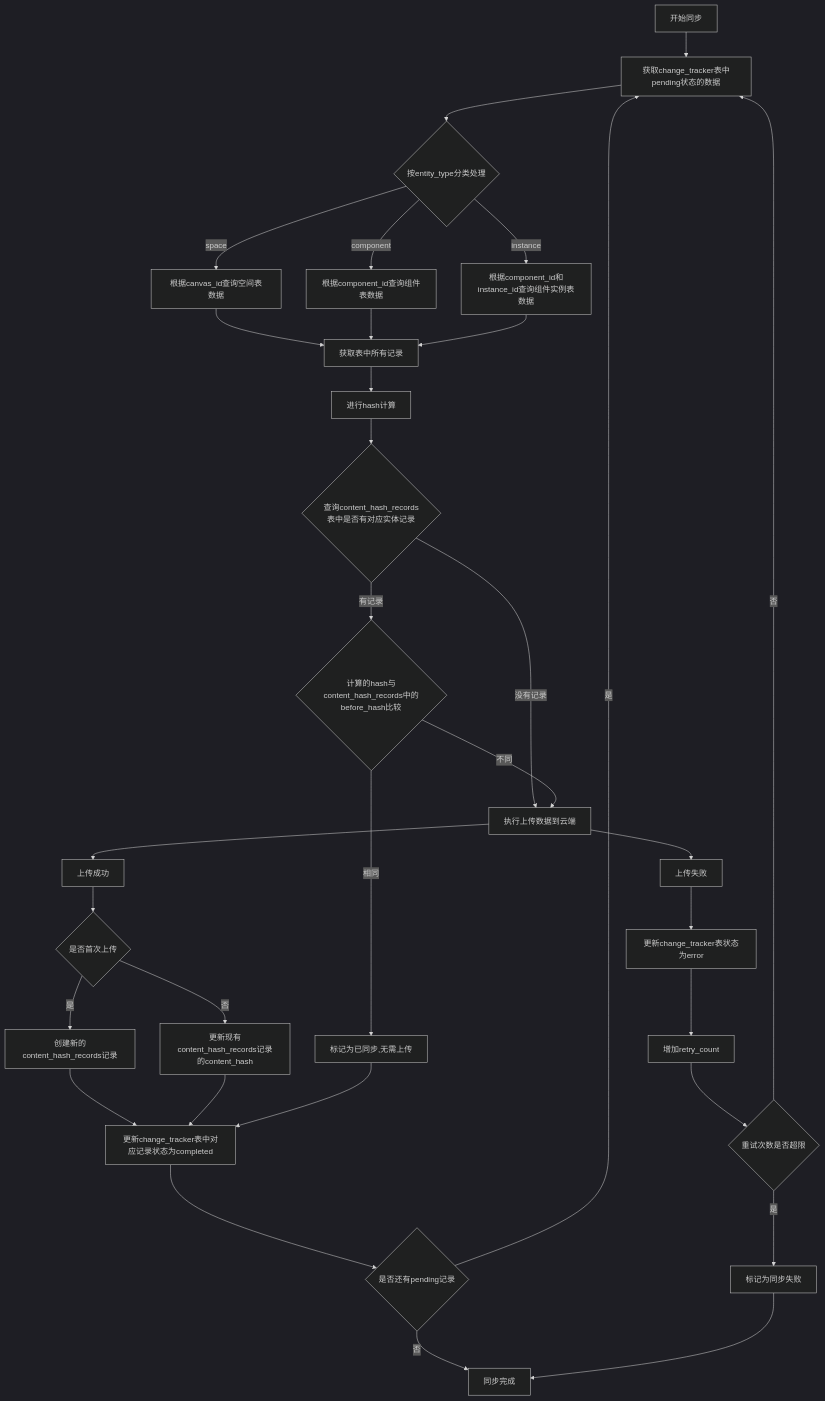
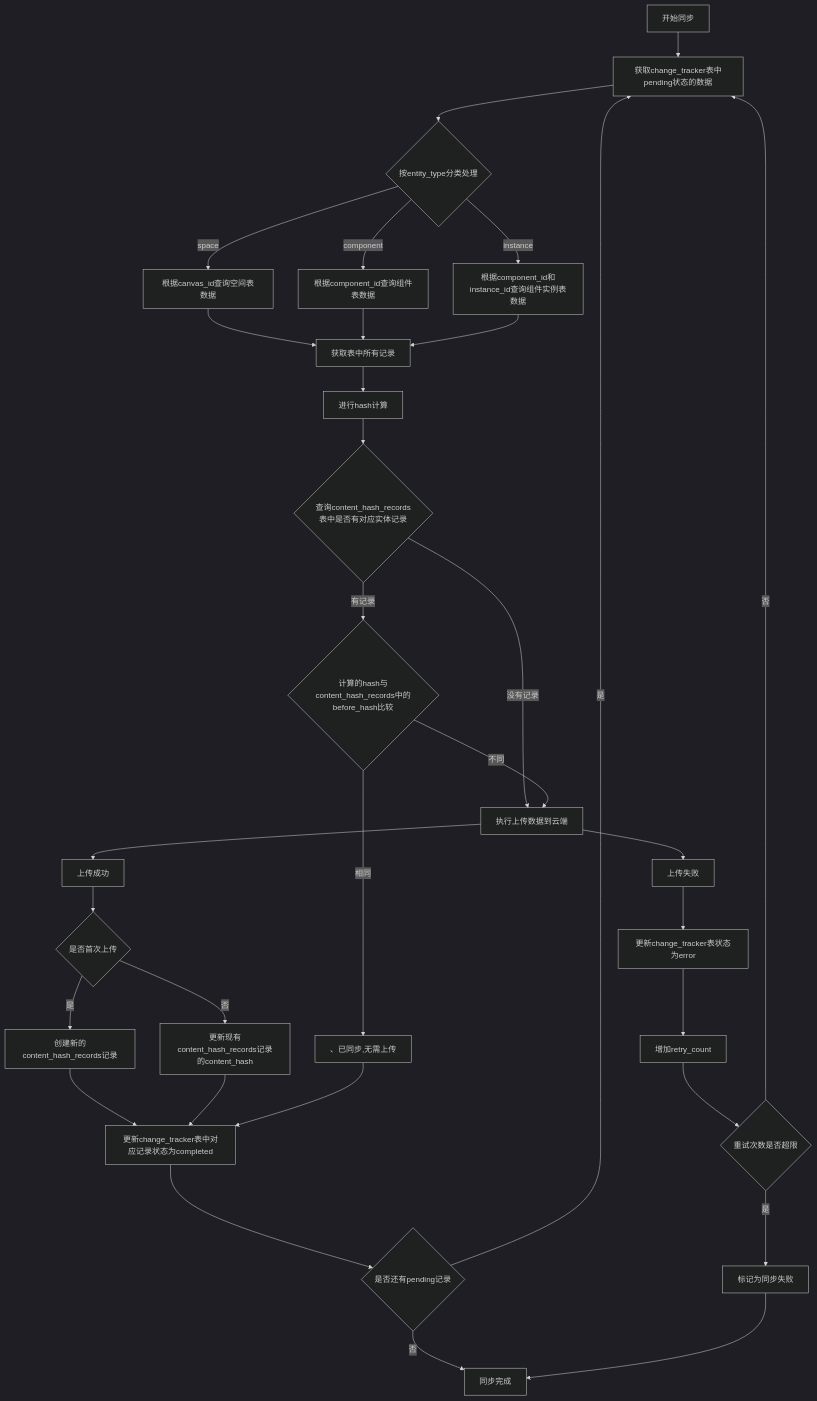
Before and after one commit to yingjianzh/iodraw-files: the diagram in all/未命名-44.md, drawn with Mermaid (dark theme).

Commit message:
2025-04-27 10:30:34 update

````diff
--- a/all/未命名-44.md
+++ b/all/未命名-44.md
@@ -1,47 +1,47 @@
 ```mermaid
 
 flowchart TD
     A[开始同步] --> B[获取change_tracker表中pending状态的数据]
     B --> C{按entity_type分类处理}
     
     C -->|space| D1[根据canvas_id查询空间表数据]
     C -->|component| D2[根据component_id查询组件表数据]
     C -->|instance| D3[根据component_id和instance_id查询组件实例表数据]
     
     D1 --> E1[获取表中所有记录]
     D2 --> E1
     D3 --> E1
     
     E1 --> E2[进行hash计算]
     
     
     E2 --> I1{查询content_hash_records表中是否有对应实体记录}
     I1 -->|没有记录| K[执行上传数据到云端]
     I1 -->|有记录| I2{计算的hash与content_hash_records中的before_hash比较}
-    I2 -->|相同| J[标记为已同步,无需上传]
+    I2 -->|相同| J[、已同步,无需上传]
     I2 -->|不同| K
     
     K --> L[上传成功]
     L --> M1{是否首次上传}
     M1 -->|是| M2[创建新的content_hash_records记录]
     M1 -->|否| M3[更新现有content_hash_records记录的content_hash]
     
     M2 --> N[更新change_tracker表中对应记录状态为completed]
     M3 --> N
     
     J --> N
     
     N --> O{是否还有pending记录}
     O -->|是| B
     O -->|否| P[同步完成]
     
     K --> Q[上传失败]
     Q --> R[更新change_tracker表状态为error]
     R --> S[增加retry_count]
     S --> T{重试次数是否超限}
     T -->|是| U[标记为同步失败]
     T -->|否| B
     
     U --> P
 
 ```
````
